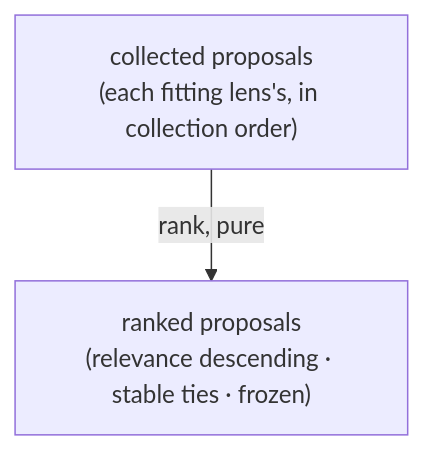
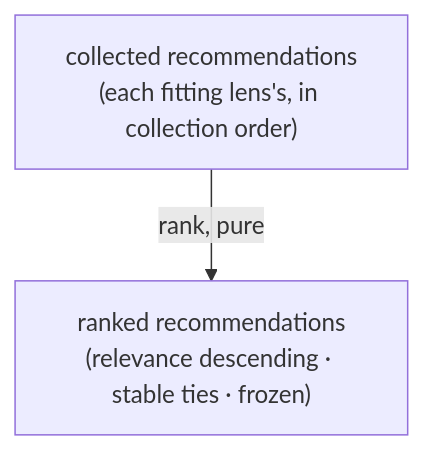
One commit to codeschoolinabox/curricula changed the diagram in src/lib/study-lenses/orchestrate/lib/recommending/DOCS.md. Above: the diagram before and after it, drawn with Mermaid. The commit also changed other lines of this file and 5 other files, not shown here.

````diff
--- a/src/lib/study-lenses/orchestrate/lib/recommending/DOCS.md
+++ b/src/lib/study-lenses/orchestrate/lib/recommending/DOCS.md
@@ -21,6 +22,6 @@
 ```mermaid
 flowchart TD
-    PROPS["collected proposals<br/>(each fitting lens's, in collection order)"]
-    RANKED["ranked proposals<br/>(relevance descending · stable ties · frozen)"]
+    PROPS["collected recommendations<br/>(each fitting lens's, in collection order)"]
+    RANKED["ranked recommendations<br/>(relevance descending · stable ties · frozen)"]
     PROPS -->|"rank, pure"| RANKED
 ```
````
